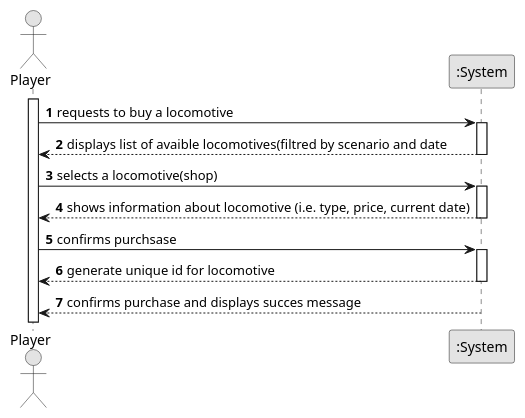
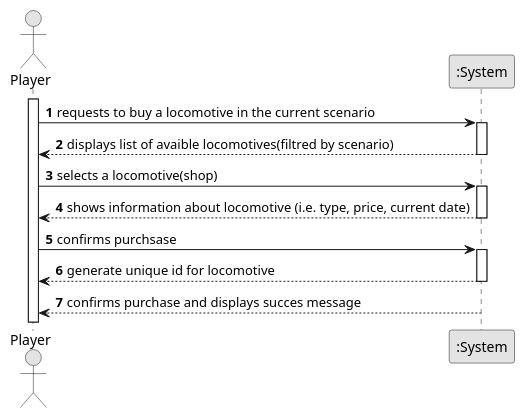
Before and after one commit to Andremonteiro1240850/railway_simulator: the diagram in Sprint2/US09/01.requirements-engineering.us09/puml/us09Diagram.puml, drawn with PlantUML. The commit also changed 6 other files, not shown here.

```diff
--- a/Sprint2/US09/01.requirements-engineering.us09/puml/us09Diagram.puml
+++ b/Sprint2/US09/01.requirements-engineering.us09/puml/us09Diagram.puml
@@ -1,36 +1,36 @@
 @startuml
 skinparam monochrome true
 skinparam packageStyle rectangle
 skinparam shadowing false
 
 autonumber
 
 actor "Player" as Employee
 participant ":System" as System
 
 activate Employee
 
-    Employee -> System : requests to buy a locomotive
+    Employee -> System : requests to buy a locomotive in the current scenario
     activate System
 
-        System --> Employee : displays list of avaible locomotives(filtred by scenario and date
+        System --> Employee : displays list of avaible locomotives(filtred by scenario)
     deactivate System
 
     Employee -> System : selects a locomotive(shop)
     activate System
 
         System --> Employee : shows information about locomotive (i.e. type, price, current date)
     deactivate System
 
     Employee -> System : confirms purchsase
     activate System
 
         System --> Employee : generate unique id for locomotive
     deactivate System
 
 
 
 
         System --> Employee : confirms purchase and displays succes message
     deactivate System
 @enduml
```
